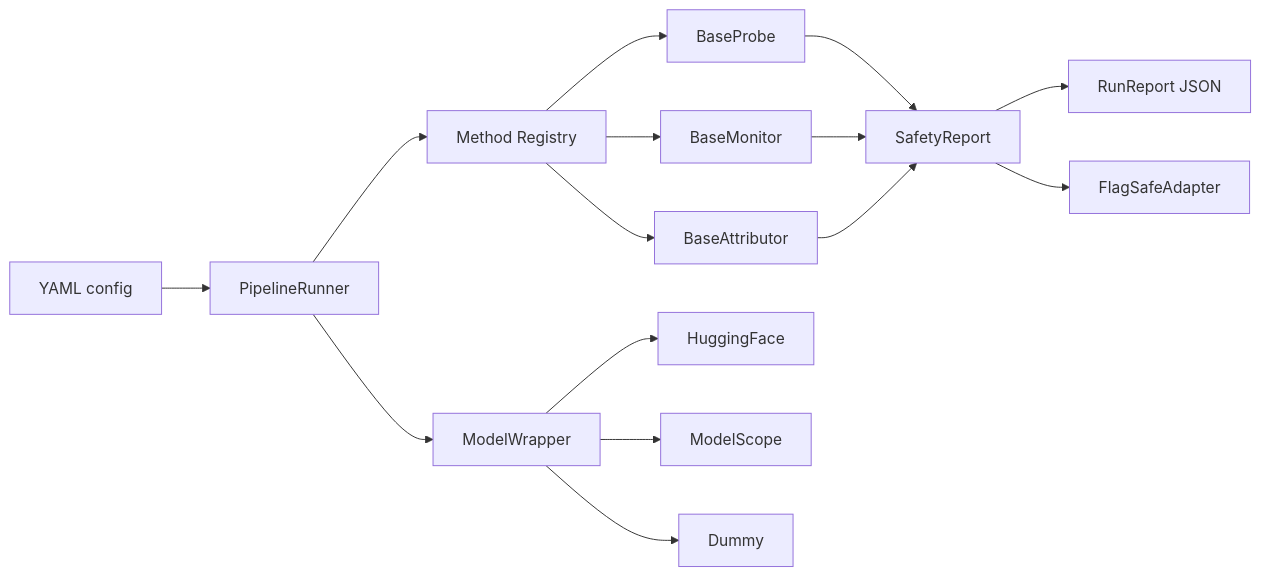
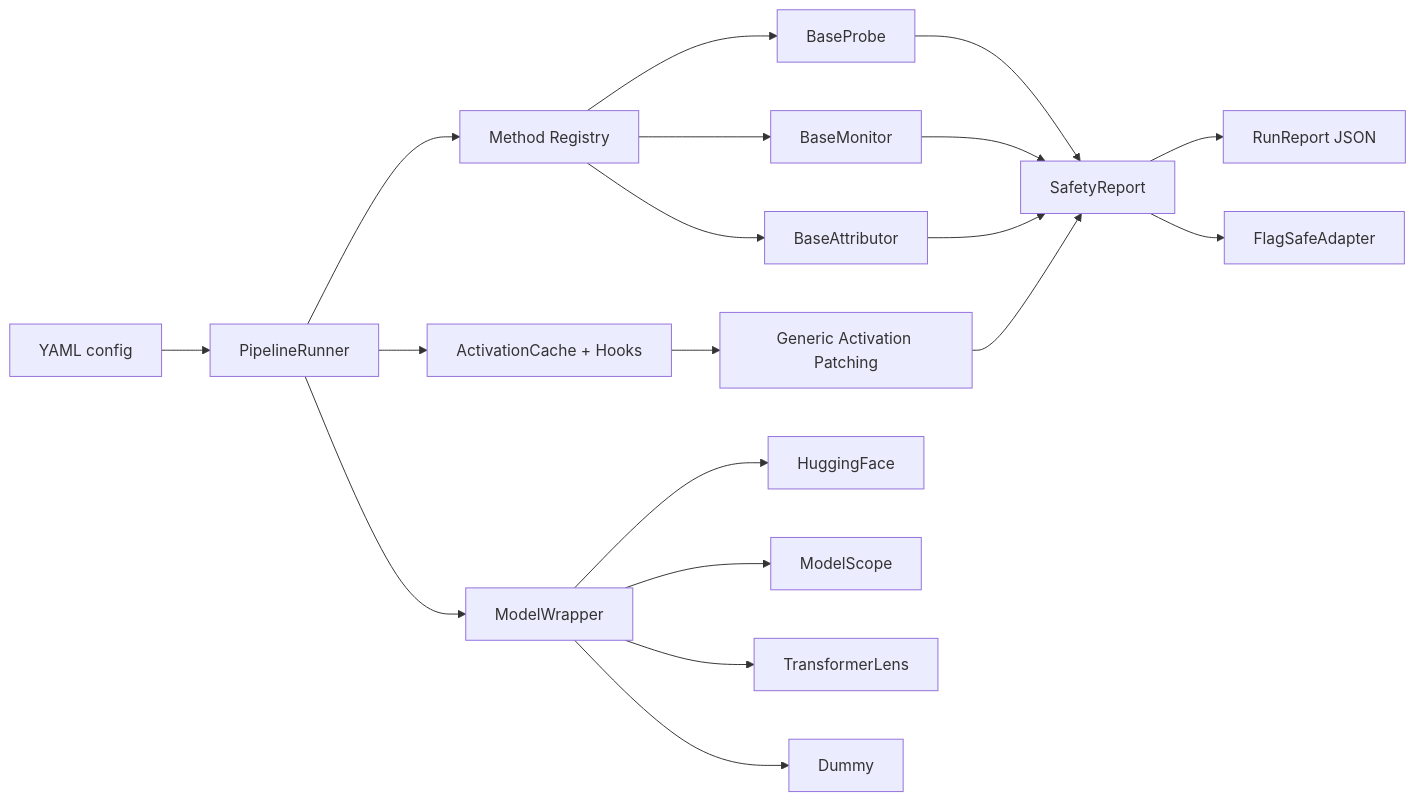
The diagram in README.md (PKU-PILLAR-Group/SafeLens), drawn with Mermaid before and after one commit. The commit also changed other lines of this file and 17 other files, not shown here.

````diff
--- a/README.md
+++ b/README.md
@@ -72,17 +74,21 @@
 ```mermaid
 flowchart LR
     YAML["YAML config"] --> Runner["PipelineRunner"]
     Runner --> Model["ModelWrapper"]
     Runner --> Registry["Method Registry"]
     Registry --> Probe["BaseProbe"]
     Registry --> Monitor["BaseMonitor"]
     Registry --> Attributor["BaseAttributor"]
+    Runner --> Hooks["ActivationCache + Hooks"]
+    Hooks --> Patching["Generic Activation Patching"]
     Model --> HF["HuggingFace"]
     Model --> MS["ModelScope"]
+    Model --> TL["TransformerLens"]
     Model --> Dummy["Dummy"]
     Probe --> Report["SafetyReport"]
     Monitor --> Report
     Attributor --> Report
+    Patching --> Report
     Report --> JSON["RunReport JSON"]
     Report --> FlagSafe["FlagSafeAdapter"]
 ```
````
